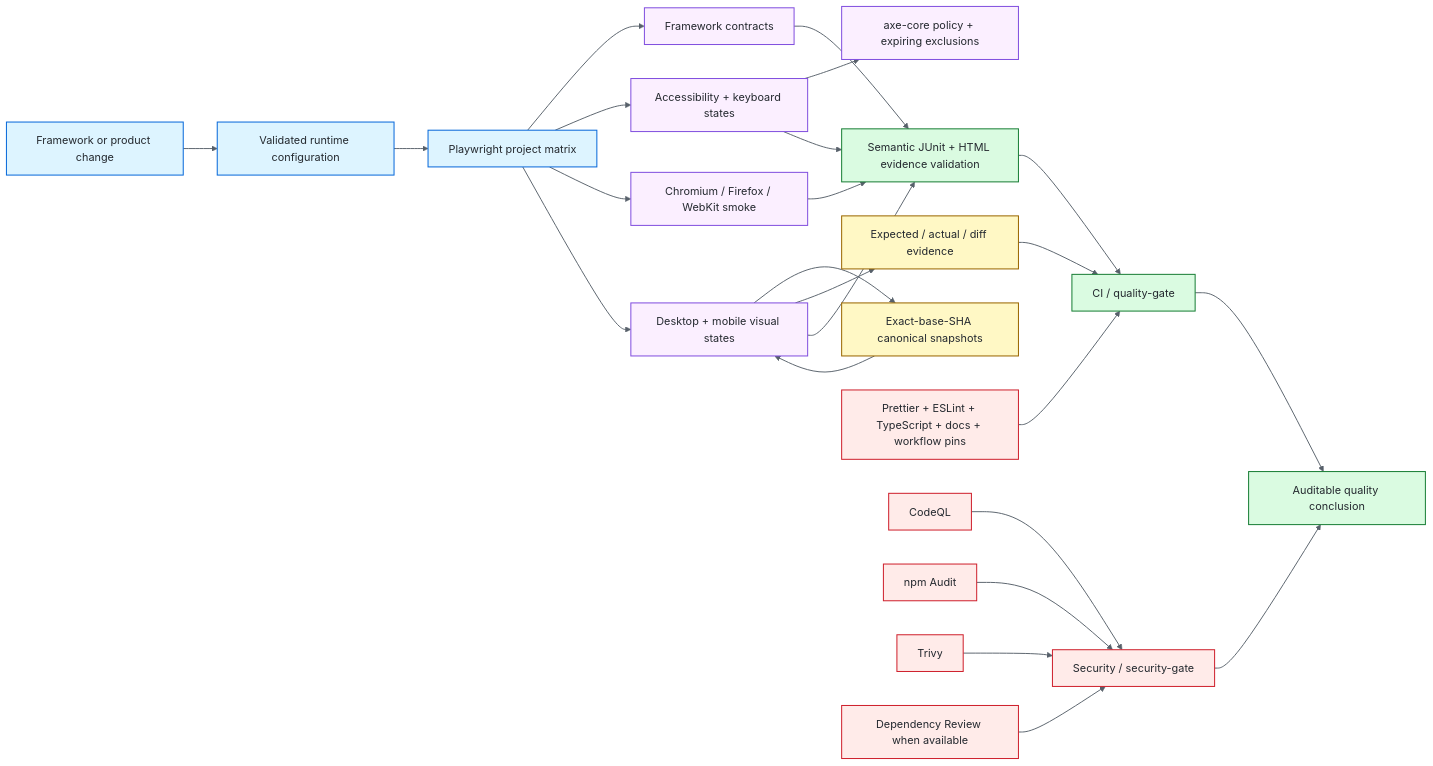
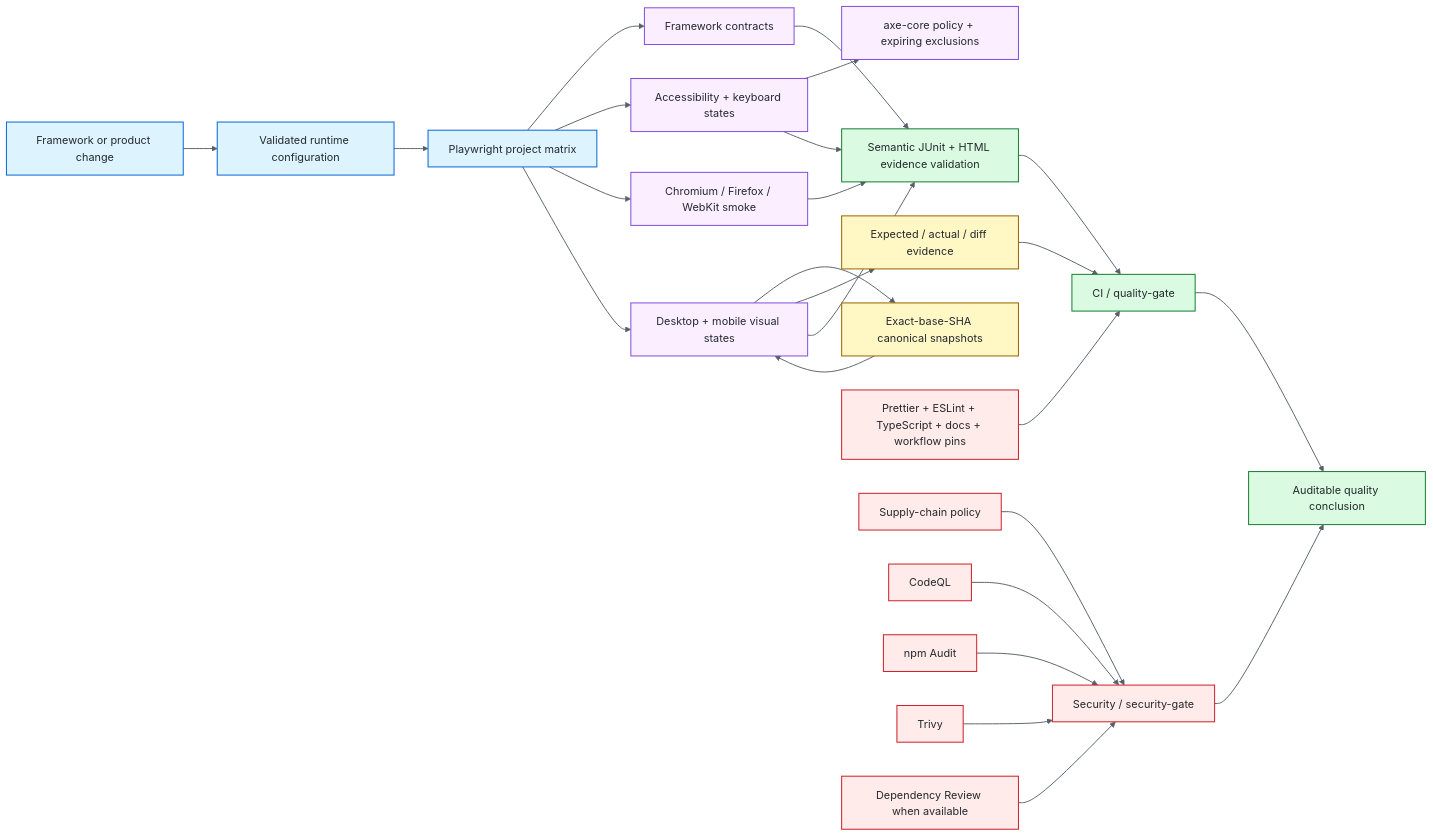
The diagram in README.md (portyu9/qa-automation-visual-and-accessibility-playwright-axe), drawn with Mermaid before and after one commit. The commit also changed other lines of this file, not shown here.

Commit message:
docs: show supply-chain policy in security architecture

````diff
--- a/README.md
+++ b/README.md
@@ -50,44 +50,45 @@
 ```mermaid
 flowchart LR
     CHANGE[Framework or product change] --> CFG[Validated runtime configuration]
     CFG --> PW[Playwright project matrix]
 
     PW --> FW[Framework contracts]
     PW --> A11Y[Accessibility + keyboard states]
     PW --> SMOKE[Chromium / Firefox / WebKit smoke]
     PW --> VISUAL[Desktop + mobile visual states]
 
     A11Y --> AXE[axe-core policy + expiring exclusions]
     VISUAL --> BASE[Exact-base-SHA canonical snapshots]
     BASE --> VISUAL
     VISUAL --> DIFF[Expected / actual / diff evidence]
 
     FW --> EVIDENCE[Semantic JUnit + HTML evidence validation]
     A11Y --> EVIDENCE
     SMOKE --> EVIDENCE
     VISUAL --> EVIDENCE
 
     STATIC[Prettier + ESLint + TypeScript + docs + workflow pins] --> QG[CI / quality-gate]
     EVIDENCE --> QG
     DIFF --> QG
 
-    SAST[CodeQL] --> SG[Security / security-gate]
+    SUPPLY[Supply-chain policy] --> SG[Security / security-gate]
+    SAST[CodeQL] --> SG
     AUDIT[npm Audit] --> SG
     TRIVY[Trivy] --> SG
     REVIEW[Dependency Review when available] --> SG
 
     QG --> RESULT[Auditable quality conclusion]
     SG --> RESULT
 
     classDef entry fill:#ddf4ff,stroke:#0969da,color:#24292f,stroke-width:1.5px;
     classDef quality fill:#fbefff,stroke:#8250df,color:#24292f,stroke-width:1.5px;
     classDef baseline fill:#fff8c5,stroke:#9a6700,color:#24292f,stroke-width:1.5px;
     classDef evidence fill:#dafbe1,stroke:#1a7f37,color:#24292f,stroke-width:1.5px;
     classDef security fill:#ffebe9,stroke:#cf222e,color:#24292f,stroke-width:1.5px;
     class CHANGE,CFG,PW entry;
     class FW,A11Y,AXE,SMOKE,VISUAL quality;
     class BASE,DIFF baseline;
     class EVIDENCE,QG,RESULT evidence;
-    class STATIC,SAST,AUDIT,TRIVY,REVIEW,SG security;
+    class STATIC,SUPPLY,SAST,AUDIT,TRIVY,REVIEW,SG security;
     linkStyle default stroke:#57606a,stroke-width:1.4px;
 ```
````
